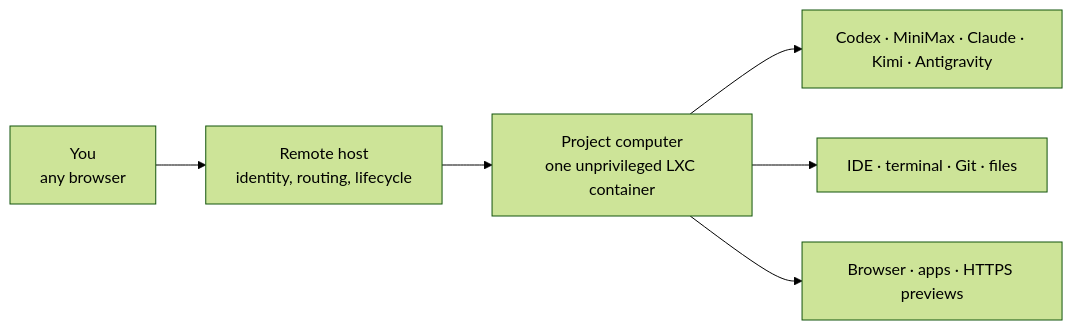
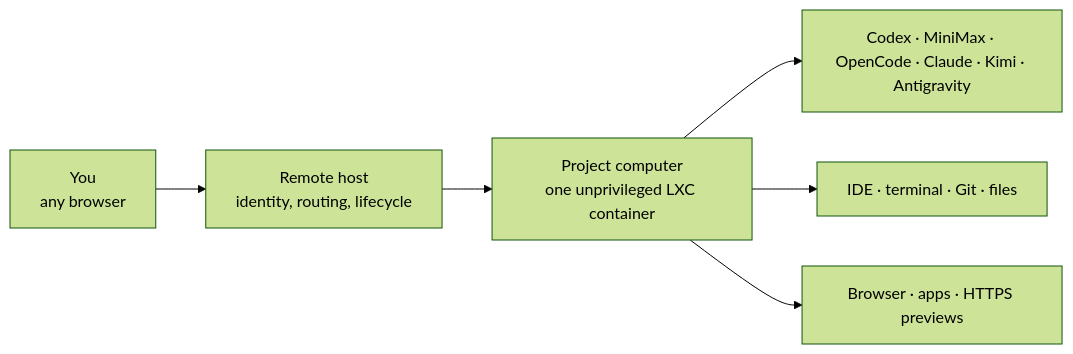
One commit to aboelkheir/remote.futrx changed the diagram in README.md. Above: the diagram before and after it, drawn with Mermaid (forest theme). The commit also changed other lines of this file and 17 other files, not shown here.

Commit message:
feat(agents): add OpenCode TokenRouter integration

````diff
--- a/README.md
+++ b/README.md
@@ -261,8 +261,8 @@
 ```mermaid
 flowchart LR
     A["You<br>any browser"] --> B["Remote host<br>identity, routing, lifecycle"]
     B --> C["Project computer<br>one unprivileged LXC container"]
-    C --> D["Codex · MiniMax · Claude · Kimi · Antigravity"]
+    C --> D["Codex · MiniMax · OpenCode · Claude · Kimi · Antigravity"]
     C --> E["IDE · terminal · Git · files"]
     C --> F["Browser · apps · HTTPS previews"]
 ```
````
